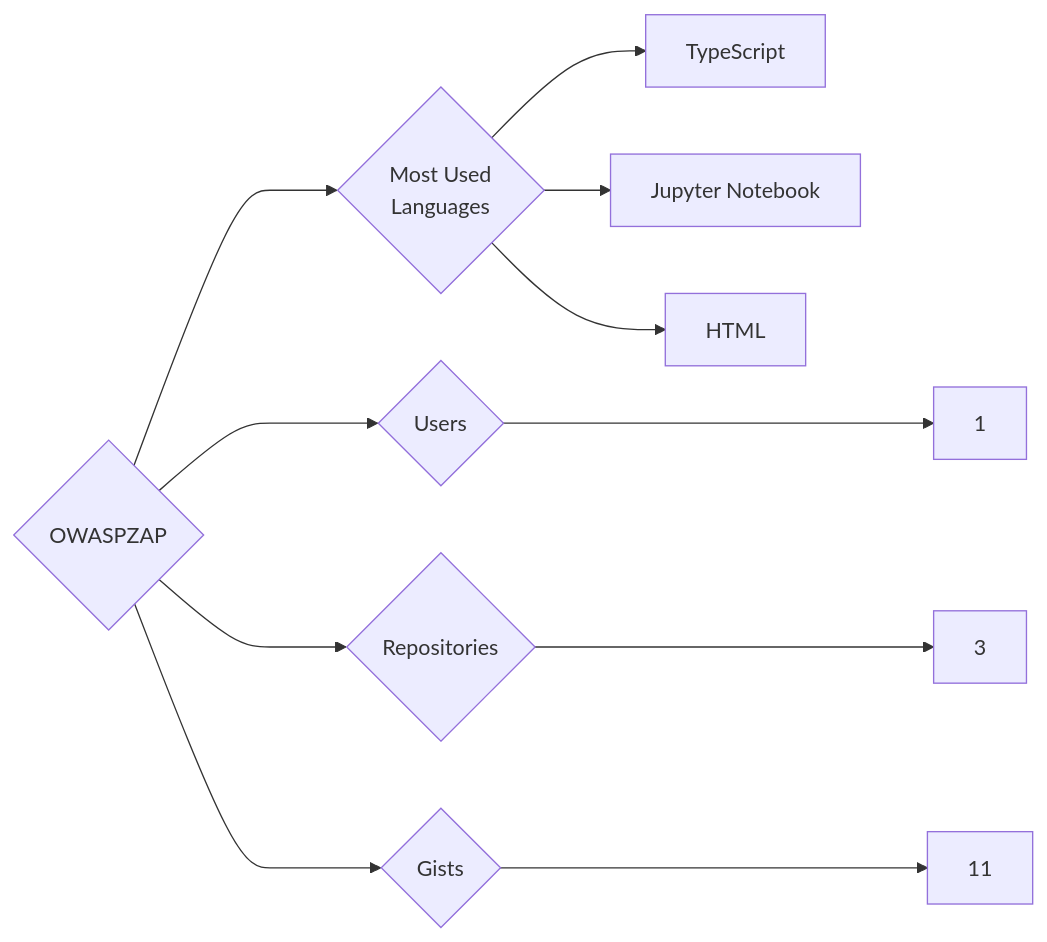
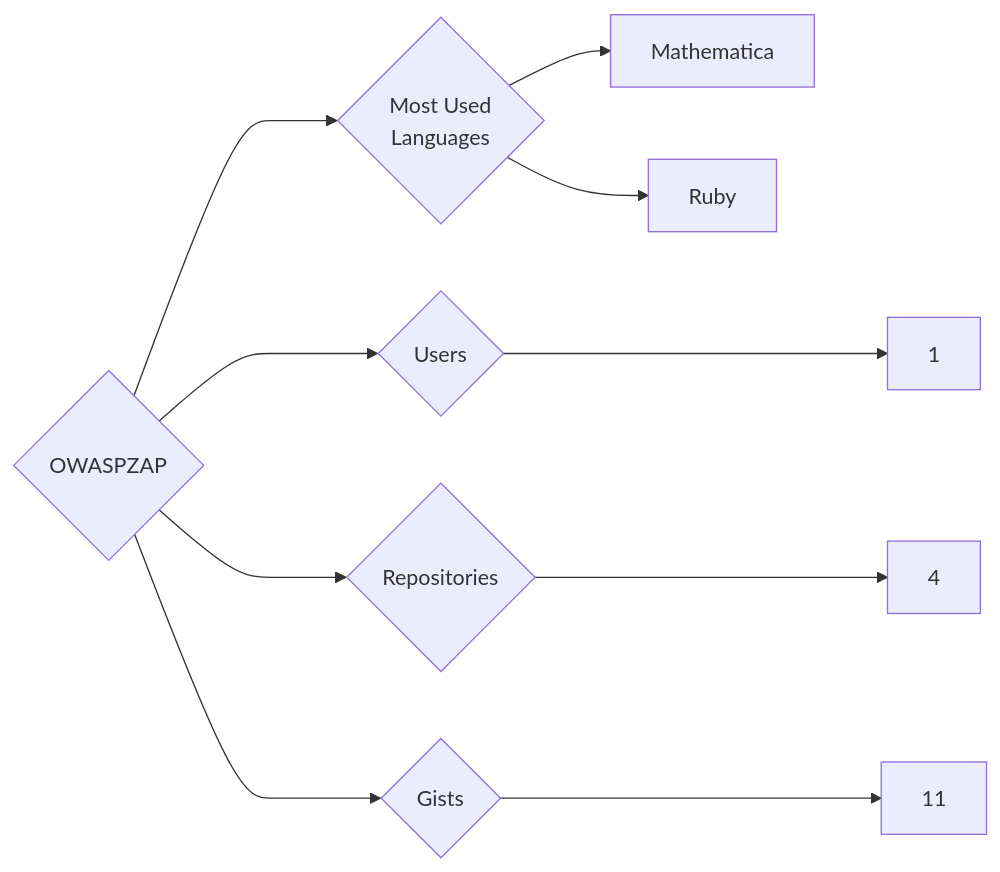
Before and after one commit to trickest/insiders: the diagram in targets/OWASPZAP/README.md, drawn with Mermaid. The commit also changed 1496 other files, not shown here.

````diff
--- a/targets/OWASPZAP/README.md
+++ b/targets/OWASPZAP/README.md
@@ -3,11 +3,10 @@
 ```mermaid
 graph LR
 COMPANY_NAME{OWASPZAP}
 COMPANY_NAME ---> U{Users} ---> UN[1]
-COMPANY_NAME ---> R{Repositories} ---> RN[3]
+COMPANY_NAME ---> R{Repositories} ---> RN[4]
 COMPANY_NAME ---> G{Gists} ---> GN[11]
 COMPANY_NAME ---> ML{Most Used<br>Languages}
-ML --> TypeScript[TypeScript]
-ML --> Jupyter_Notebook[Jupyter Notebook]
-ML --> HTML[HTML]
+ML --> Mathematica[Mathematica]
+ML --> Ruby[Ruby]
 ```
````
